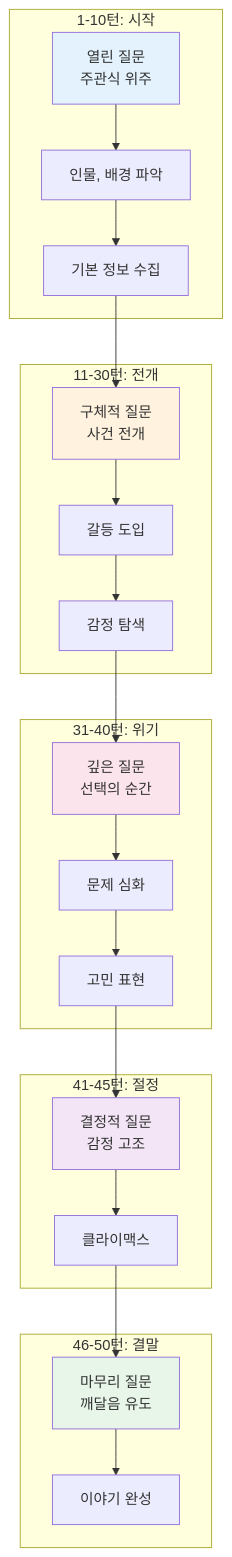
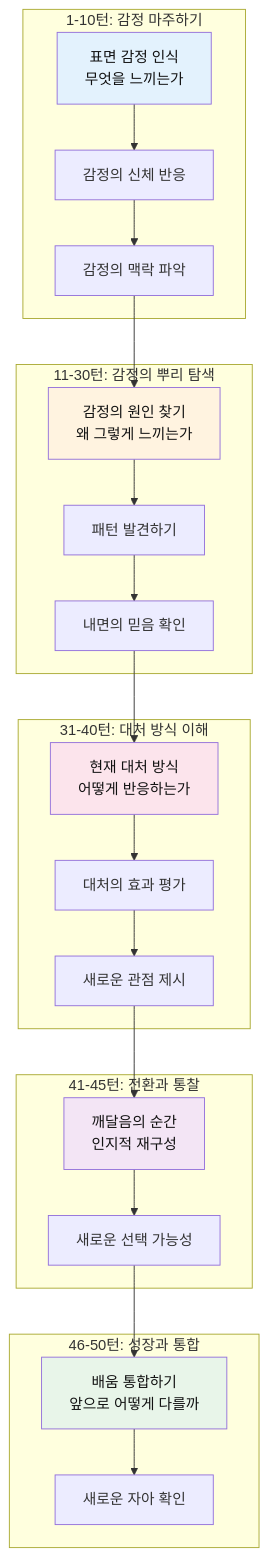
One commit to Collegenie-X/AIMakerLab_Web changed diagram 13 of 23 in documents/6차식/6차시_고등_대화형스토리Agent_역공부.md. Above: the diagram before and after it, drawn with Mermaid. The commit also changed other lines of this file and 24 other files, not shown here.

````diff
--- a/documents/6차식/6차시_고등_대화형스토리Agent_역공부.md
+++ b/documents/6차식/6차시_고등_대화형스토리Agent_역공부.md
@@ -798,41 +1081,41 @@
 ```mermaid
 graph TB
-    subgraph "1-10턴: 시작"
-        T1[열린 질문<br/>주관식 위주]
-        T1 --> T2[인물, 배경 파악]
-        T2 --> T3[기본 정보 수집]
+    subgraph "1-10턴: 감정 마주하기"
+        T1[표면 감정 인식<br/>무엇을 느끼는가]
+        T1 --> T2[감정의 신체 반응]
+        T2 --> T3[감정의 맥락 파악]
     end
     
-    subgraph "11-30턴: 전개"
-        T4[구체적 질문<br/>사건 전개]
-        T4 --> T5[갈등 도입]
-        T5 --> T6[감정 탐색]
+    subgraph "11-30턴: 감정의 뿌리 탐색"
+        T4[감정의 원인 찾기<br/>왜 그렇게 느끼는가]
+        T4 --> T5[패턴 발견하기]
+        T5 --> T6[내면의 믿음 확인]
     end
     
-    subgraph "31-40턴: 위기"
-        T7[깊은 질문<br/>선택의 순간]
-        T7 --> T8[문제 심화]
-        T8 --> T9[고민 표현]
+    subgraph "31-40턴: 대처 방식 이해"
+        T7[현재 대처 방식<br/>어떻게 반응하는가]
+        T7 --> T8[대처의 효과 평가]
+        T8 --> T9[새로운 관점 제시]
     end
     
-    subgraph "41-45턴: 절정"
-        T10[결정적 질문<br/>감정 고조]
-        T10 --> T11[클라이맥스]
+    subgraph "41-45턴: 전환과 통찰"
+        T10[깨달음의 순간<br/>인지적 재구성]
+        T10 --> T11[새로운 선택 가능성]
     end
     
-    subgraph "46-50턴: 결말"
-        T12[마무리 질문<br/>깨달음 유도]
-        T12 --> T13[이야기 완성]
+    subgraph "46-50턴: 성장과 통합"
+        T12[배움 통합하기<br/>앞으로 어떻게 다를까]
+        T12 --> T13[새로운 자아 확인]
     end
     
     T3 --> T4
     T6 --> T7
     T9 --> T10
     T11 --> T12
     
-    style T1 fill:#e3f2fd
-    style T4 fill:#fff3e0
-    style T7 fill:#fce4ec
-    style T10 fill:#f3e5f5
-    style T12 fill:#e8f5e9
+    style T1 fill:#e3f2fd,color:#111
+    style T4 fill:#fff3e0,color:#111
+    style T7 fill:#fce4ec,color:#111
+    style T10 fill:#f3e5f5,color:#111
+    style T12 fill:#e8f5e9,color:#111
 ```
````
